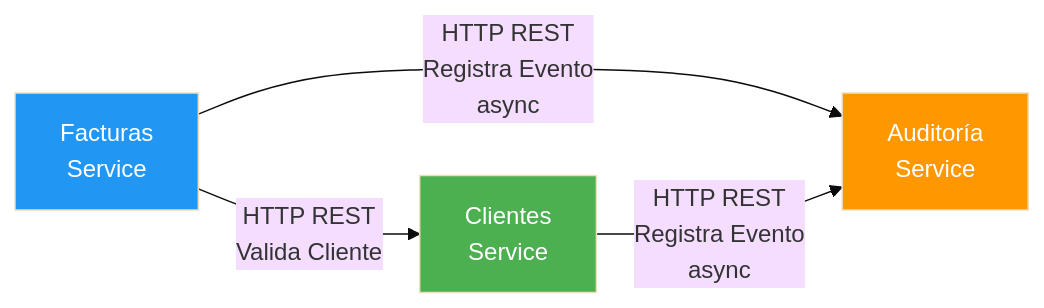
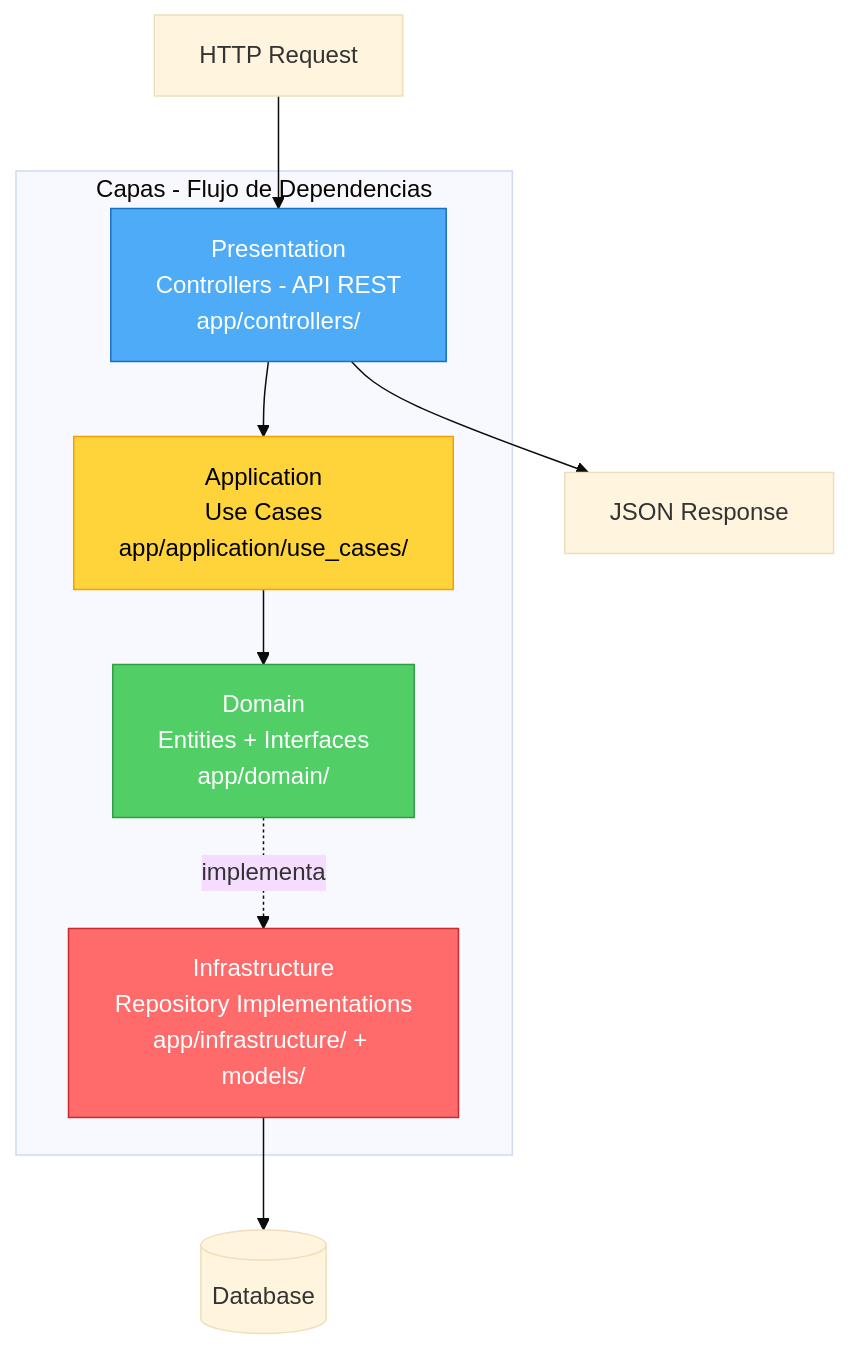
Before and after one commit to Asimpl3-Hero/RubyDoubleV: the second of 4 diagrams in docs/ARQUITECTURA.md, drawn with Mermaid (base theme). The commit also changed other lines of this file, not shown here.

First line of the commit message:
Update system architecture documentation

````diff
--- a/docs/ARQUITECTURA.md
+++ b/docs/ARQUITECTURA.md
@@ -42,14 +43,21 @@
 ```mermaid
-graph LR
-    FS[Facturas<br/>Service]
-    CS[Clientes<br/>Service]
-    AS[Auditoría<br/>Service]
+graph TD
+    subgraph "Capas - Flujo de Dependencias"
+        PL[Presentation<br/>Controllers - API REST<br/>app/controllers/]
+        AL[Application<br/>Use Cases<br/>app/application/use_cases/]
+        DL[Domain<br/>Entities + Interfaces<br/>app/domain/]
+        IL[Infrastructure<br/>Repository Implementations<br/>app/infrastructure/ + models/]
+    end
 
-    FS -->|HTTP REST<br/>Valida Cliente| CS
-    FS -->|HTTP REST<br/>Registra Evento<br/>async| AS
-    CS -->|HTTP REST<br/>Registra Evento<br/>async| AS
+    Request[HTTP Request] --> PL
+    PL --> AL
+    AL --> DL
+    DL -.->|implementa| IL
+    IL --> DB[(Database)]
+    PL --> Response[JSON Response]
 
-    style FS fill:#2196F3,color:#fff
-    style CS fill:#4CAF50,color:#fff
-    style AS fill:#FF9800,color:#fff
+    style PL fill:#4dabf7,stroke:#1971c2,color:#fff
+    style AL fill:#ffd43b,stroke:#f59f00,color:#000
+    style DL fill:#51cf66,stroke:#2f9e44,color:#fff
+    style IL fill:#ff6b6b,stroke:#c92a2a,color:#fff
 ```
````
